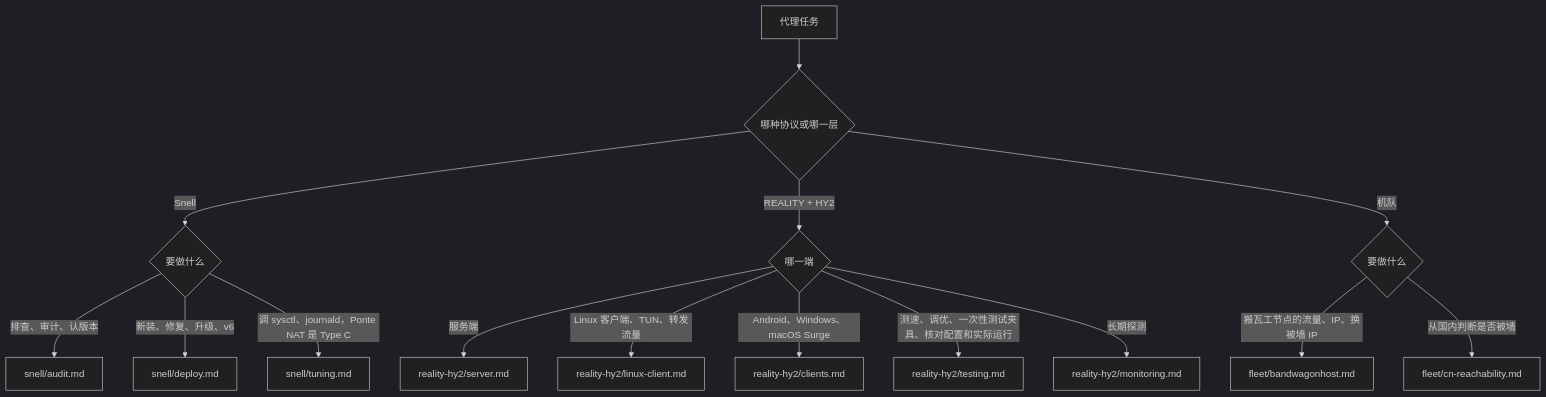
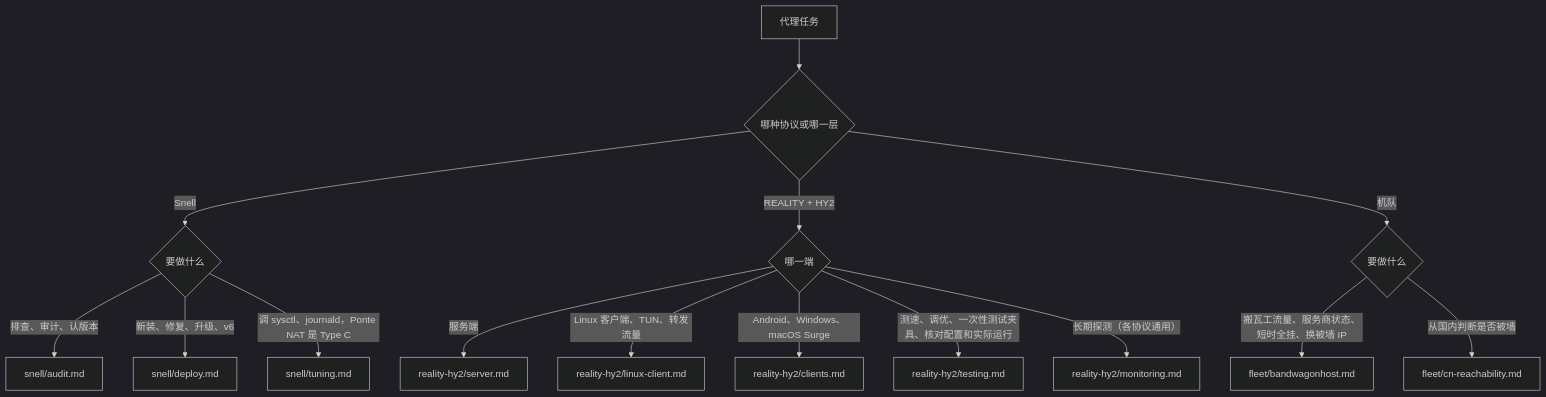
The diagram in skills-stable/operate-proxy-fleet/SKILL.md (ipruning/skills), drawn with Mermaid (dark theme) before and after one commit. The commit also changed other lines of this file and 4 other files, not shown here.

````diff
--- a/skills-stable/operate-proxy-fleet/SKILL.md
+++ b/skills-stable/operate-proxy-fleet/SKILL.md
@@ -13,17 +13,17 @@
 ```mermaid
 flowchart TD
   A[代理任务] --> B{哪种协议或哪一层}
   B -- Snell --> S{要做什么}
   S -- 排查、审计、认版本 --> S1[snell/audit.md]
   S -- 新装、修复、升级、v6 --> S2[snell/deploy.md]
   S -- 调 sysctl、journald，Ponte NAT 是 Type C --> S3[snell/tuning.md]
   B -- REALITY + HY2 --> R{哪一端}
   R -- 服务端 --> R1[reality-hy2/server.md]
   R -- Linux 客户端、TUN、转发流量 --> R2[reality-hy2/linux-client.md]
   R -- Android、Windows、macOS Surge --> R3[reality-hy2/clients.md]
   R -- 测速、调优、一次性测试夹具、核对配置和实际运行 --> R4[reality-hy2/testing.md]
-  R -- 长期探测 --> R5[reality-hy2/monitoring.md]
+  R -- 长期探测（各协议通用） --> R5[reality-hy2/monitoring.md]
   B -- 机队 --> F{要做什么}
-  F -- 搬瓦工节点的流量、IP、换被墙 IP --> F1[fleet/bandwagonhost.md]
+  F -- 搬瓦工流量、服务商状态、短时全挂、换被墙 IP --> F1[fleet/bandwagonhost.md]
   F -- 从国内判断是否被墙 --> F2[fleet/cn-reachability.md]
 ```
````
